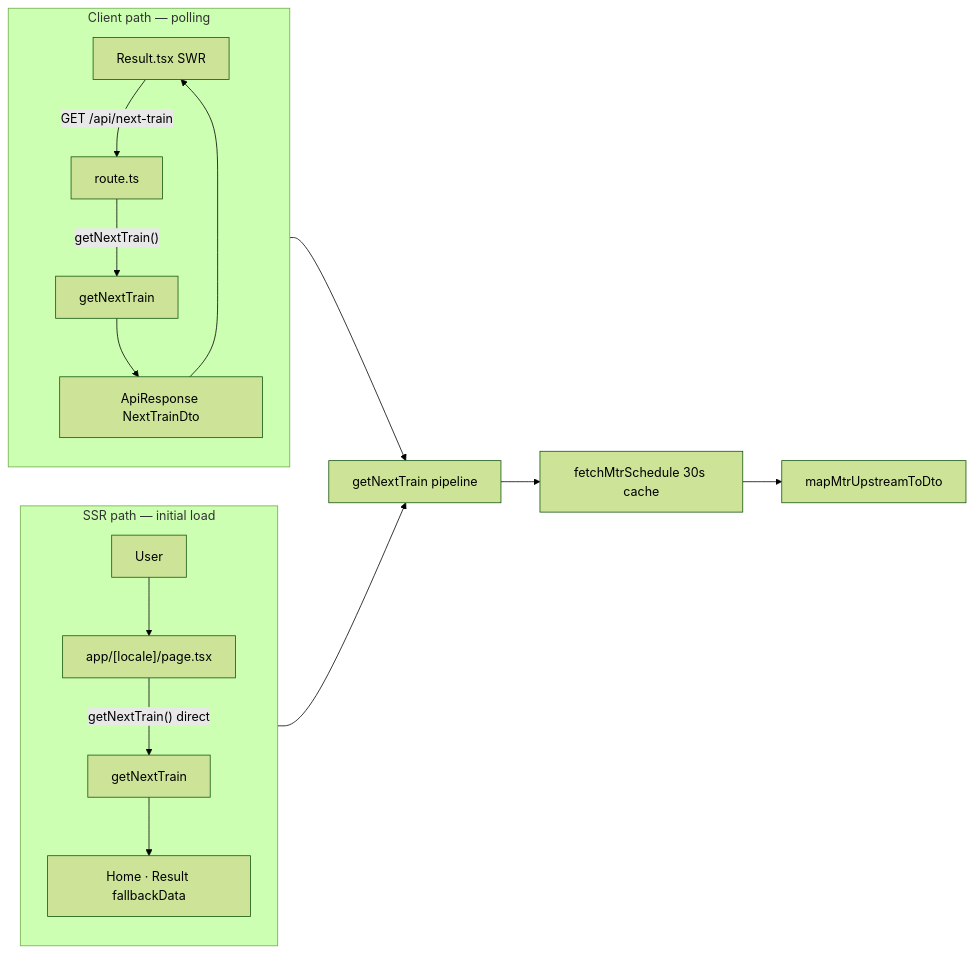
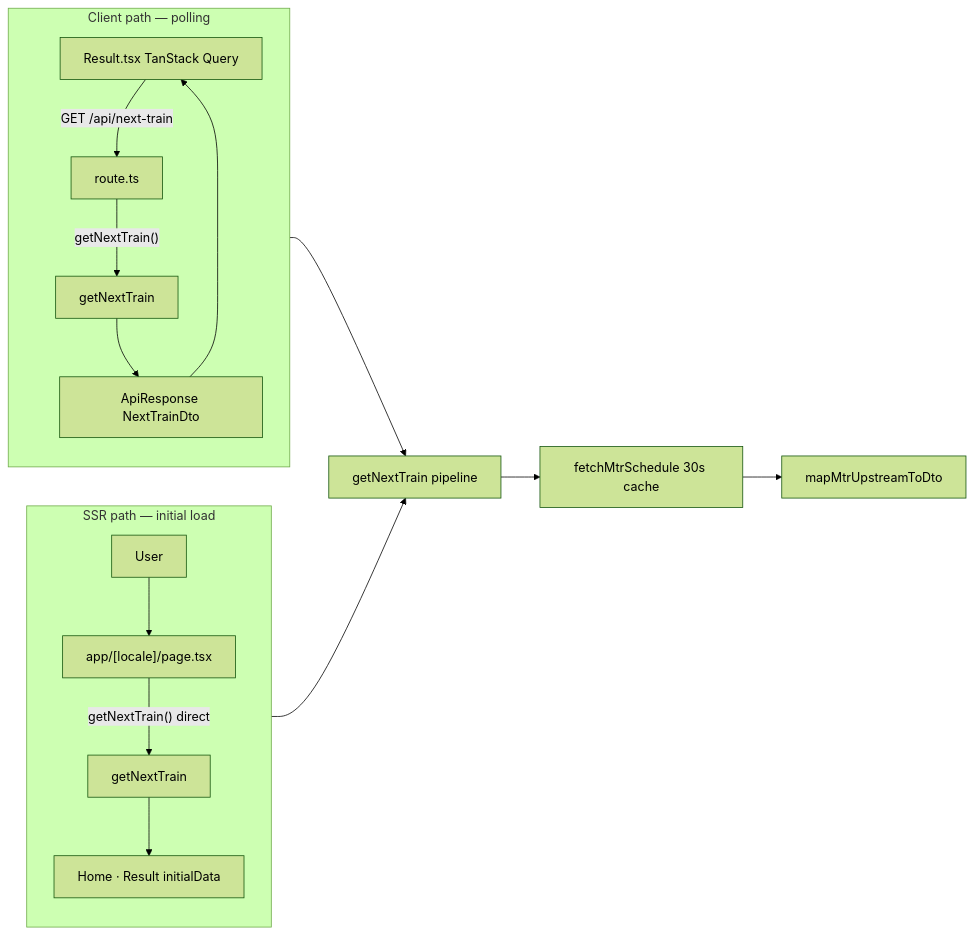
Before and after one commit to tchmhkg/nextjs-mtr: the second of 4 diagrams in README.md, drawn with Mermaid (forest theme). The commit also changed other lines of this file and 107 other files, not shown here.

````diff
--- a/README.md
+++ b/README.md
@@ -121,22 +137,22 @@
 ```mermaid
 flowchart LR
   subgraph ssrPath [SSR path — initial load]
     direction TB
     User1[User] --> Page["app/[locale]/page.tsx"]
     Page -->|"getNextTrain() direct"| Service1[getNextTrain]
-    Service1 --> Home["Home · Result fallbackData"]
+    Service1 --> Home["Home · Result initialData"]
   end
 
   subgraph clientPath [Client path — polling]
     direction TB
-    Result["Result.tsx SWR"] -->|"GET /api/next-train"| Route[route.ts]
+    Result["Result.tsx TanStack Query"] -->|"GET /api/next-train"| Route[route.ts]
     Route -->|"getNextTrain()"| Service2[getNextTrain]
     Service2 --> ApiResp["ApiResponse NextTrainDto"]
     ApiResp --> Result
   end
 
   Service1 --> Shared[getNextTrain pipeline]
   Service2 --> Shared
   Shared --> Fetch[fetchMtrSchedule 30s cache]
   Fetch --> Map[mapMtrUpstreamToDto]
 ```
````
